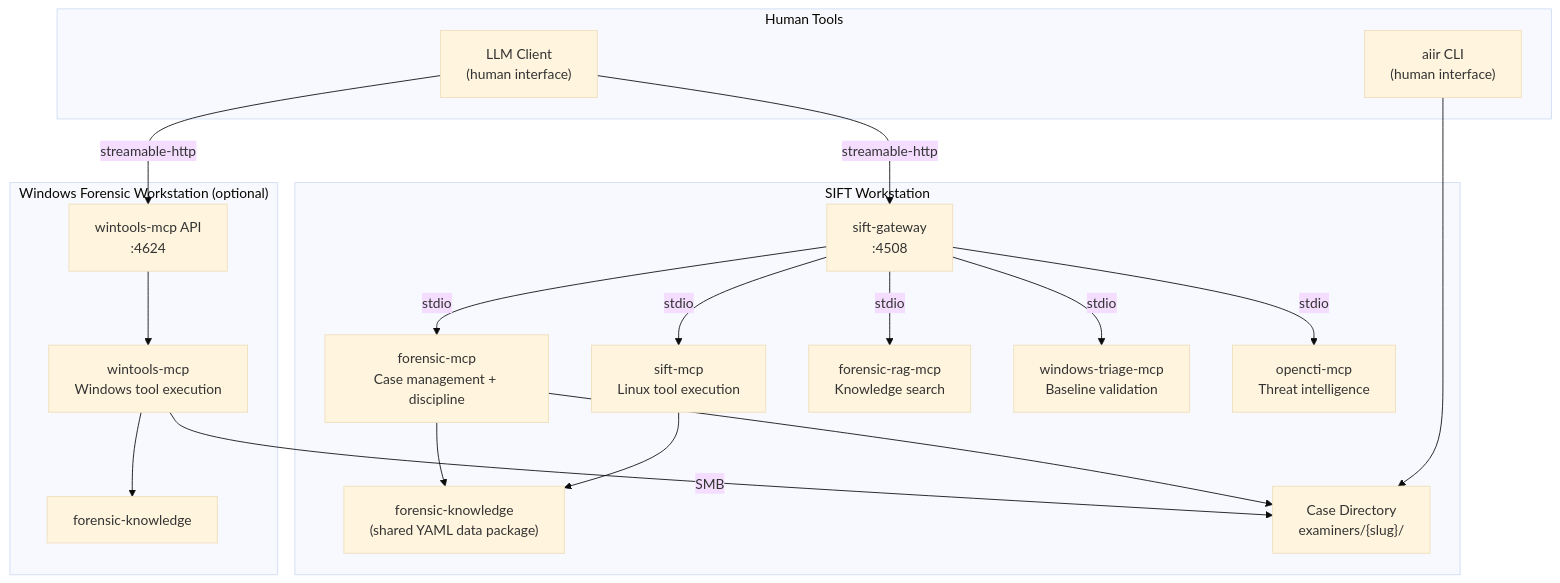
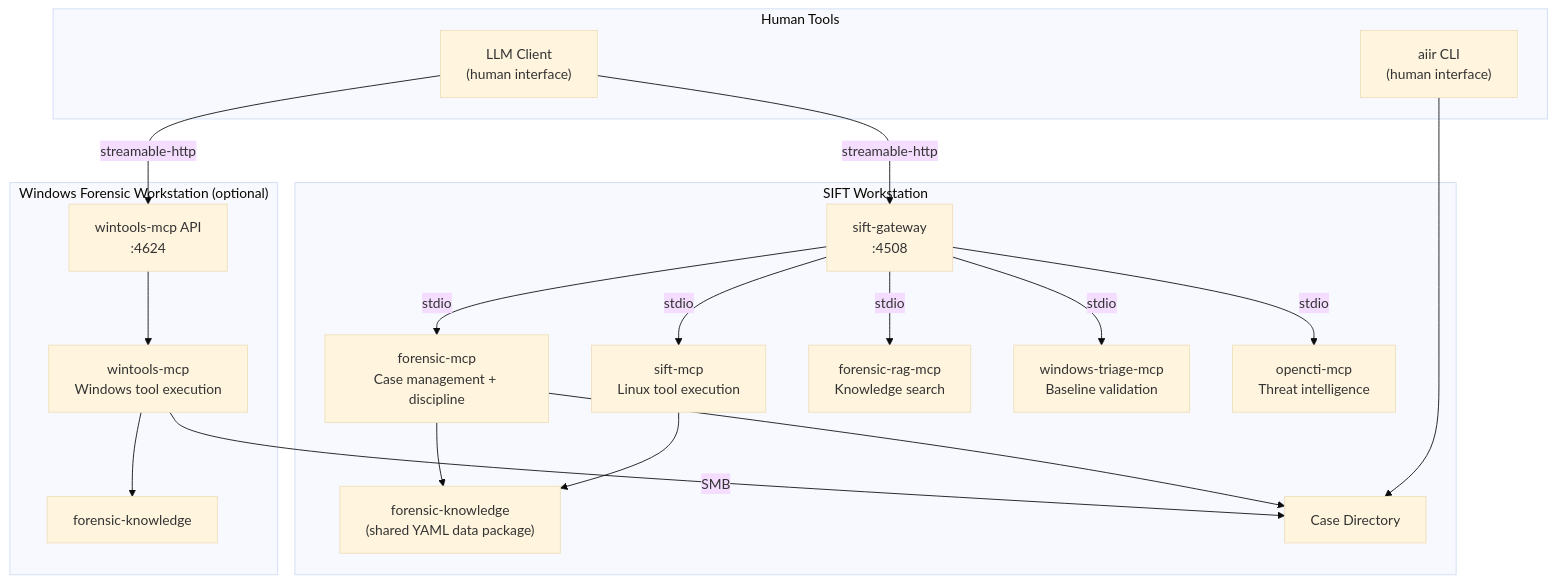
One commit to AppliedIR/aiir changed the first of 6 diagrams in README.md. Above: the diagram before and after it, drawn with Mermaid (base theme). The commit also changed other lines of this file, not shown here.

Commit message:
update README for redesign: flat case dir, new tool counts, merge-based collab, new CLI commands

````diff
--- a/README.md
+++ b/README.md
@@ -11,40 +11,40 @@
 ```mermaid
 graph TB
     subgraph human ["Human Tools"]
         CC["LLM Client<br/>(human interface)"]
         CLI["aiir CLI<br/>(human interface)"]
     end
 
     subgraph sift ["SIFT Workstation"]
         GW["sift-gateway<br/>:4508"]
         FM["forensic-mcp<br/>Case management + discipline"]
         SM["sift-mcp<br/>Linux tool execution"]
         FR["forensic-rag-mcp<br/>Knowledge search"]
         WTR["windows-triage-mcp<br/>Baseline validation"]
         OC["opencti-mcp<br/>Threat intelligence"]
         FK["forensic-knowledge<br/>(shared YAML data package)"]
-        CASE["Case Directory<br/>examiners/{slug}/"]
+        CASE["Case Directory"]
 
         GW -->|stdio| FM
         GW -->|stdio| SM
         GW -->|stdio| FR
         GW -->|stdio| WTR
         GW -->|stdio| OC
         FM --> FK
         SM --> FK
         FM --> CASE
     end
 
     subgraph winbox ["Windows Forensic Workstation (optional)"]
         WAPI["wintools-mcp API<br/>:4624"]
         WM["wintools-mcp<br/>Windows tool execution"]
         FK2["forensic-knowledge"]
         WAPI --> WM
         WM --> FK2
     end
 
     CC -->|"streamable-http"| GW
     CC -->|"streamable-http"| WAPI
     CLI --> CASE
     WM -->|"SMB"| CASE
 ```
````
